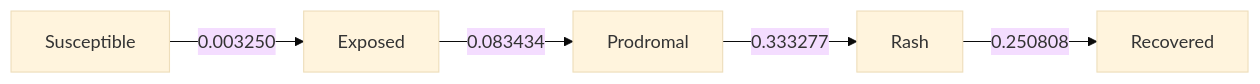
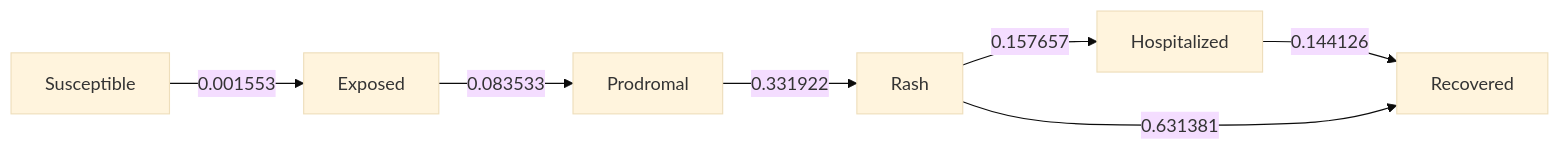
The diagram in school_quarantine/canyon_crest_74.md (EpiForeSITE/epiworld-measles), drawn with Mermaid (base theme) before and after one commit. The commit also changed other lines of this file and 5 other files, not shown here.

````diff
--- a/school_quarantine/canyon_crest_74.md
+++ b/school_quarantine/canyon_crest_74.md
@@ -130,13 +136,16 @@
 ``` mermaid
 flowchart LR
     s0[Exposed]
-    s1[Prodromal]
-    s2[Rash]
-    s3[Recovered]
-    s4[Susceptible]
-    s0 -->|0.083434| s1
-    s1 -->|0.333277| s2
-    s2 -->|0.250808| s3
-    s4 -->|0.003250| s0
+    s1[Hospitalized]
+    s2[Prodromal]
+    s3[Rash]
+    s4[Recovered]
+    s5[Susceptible]
+    s0 -->|0.083533| s2
+    s1 -->|0.144126| s4
+    s2 -->|0.331922| s3
+    s3 -->|0.157657| s1
+    s3 -->|0.631381| s4
+    s5 -->|0.001553| s0
 
 ```
````
